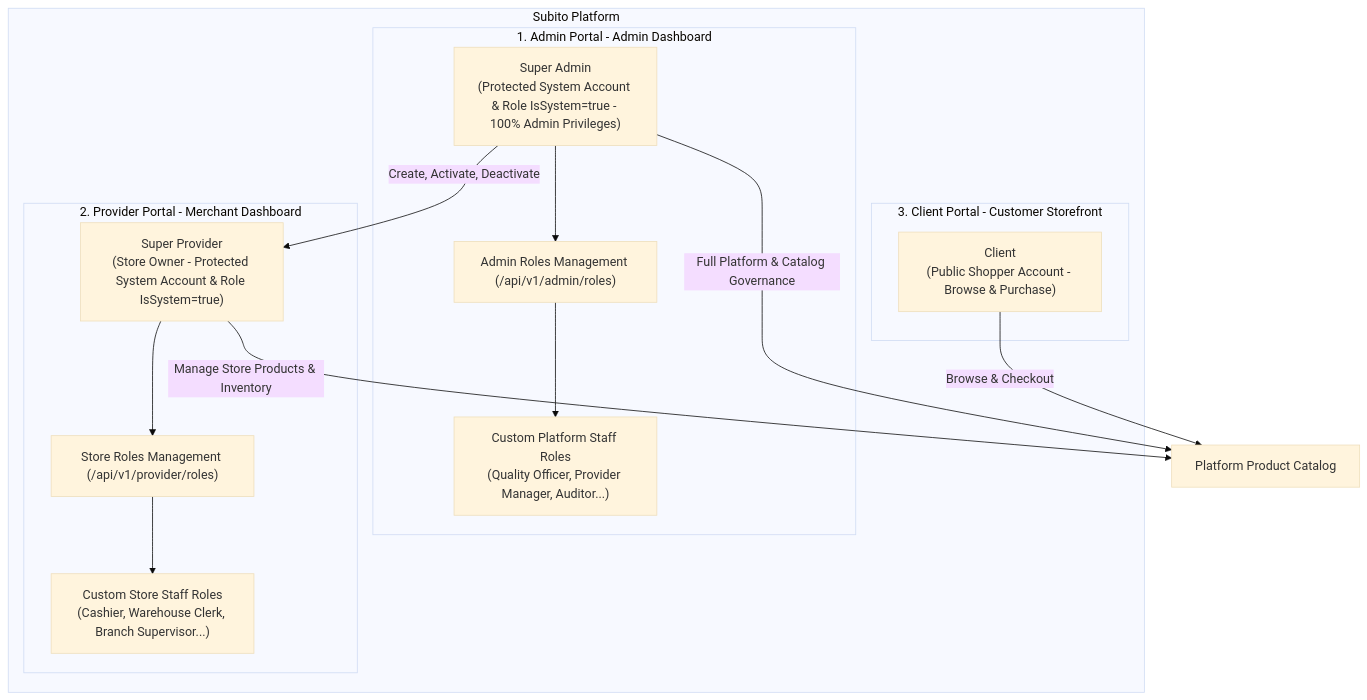
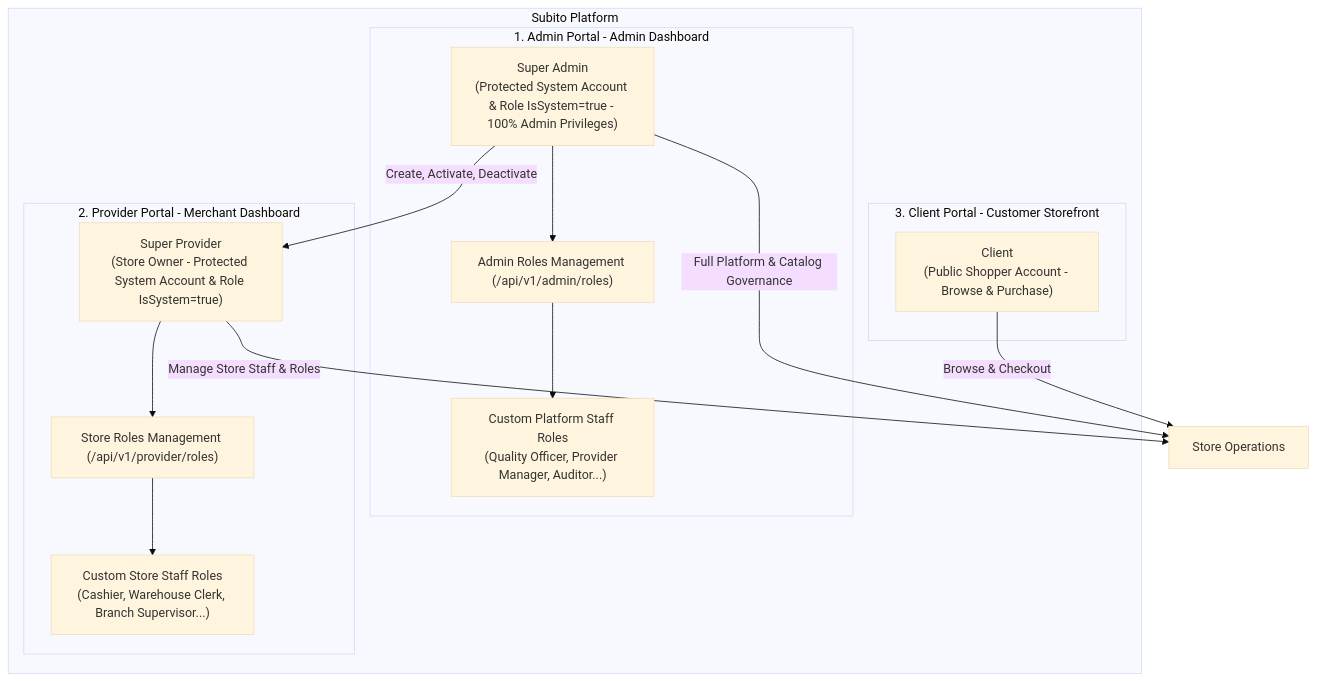
One commit to MahmoudAbdelrahman2002/Enterprise changed the diagram in docs/ROLES_AND_PERMISSIONS_GUIDE.md. Above: the diagram before and after it, drawn with Mermaid (base theme). The commit also changed other lines of this file and 197 other files, not shown here.

````diff
--- a/docs/ROLES_AND_PERMISSIONS_GUIDE.md
+++ b/docs/ROLES_AND_PERMISSIONS_GUIDE.md
@@ -9,29 +9,29 @@
 ```mermaid
 flowchart TD
     subgraph System [Subito Platform]
         subgraph AdminPortal [1. Admin Portal - Admin Dashboard]
             SuperAdmin["Super Admin<br>(Protected System Account & Role IsSystem=true - 100% Admin Privileges)"]
             AdminRolesCrud["Admin Roles Management (/api/v1/admin/roles)"]
             CustomAdminRoles["Custom Platform Staff Roles<br>(Quality Officer, Provider Manager, Auditor...)"]
             SuperAdmin --> AdminRolesCrud
             AdminRolesCrud --> CustomAdminRoles
         end
 
         subgraph ProviderPortal [2. Provider Portal - Merchant Dashboard]
             SuperProvider["Super Provider<br>(Store Owner - Protected System Account & Role IsSystem=true)"]
             ProviderRolesCrud["Store Roles Management (/api/v1/provider/roles)"]
             CustomProviderRoles["Custom Store Staff Roles<br>(Cashier, Warehouse Clerk, Branch Supervisor...)"]
             SuperProvider --> ProviderRolesCrud
             ProviderRolesCrud --> CustomProviderRoles
         end
 
         subgraph ClientPortal [3. Client Portal - Customer Storefront]
             Client["Client<br>(Public Shopper Account - Browse & Purchase)"]
         end
     end
 
     SuperAdmin -->|"Create, Activate, Deactivate"| SuperProvider
-    SuperProvider -->|"Manage Store Products & Inventory"| PlatformCatalog["Platform Product Catalog"]
+    SuperProvider -->|"Manage Store Staff & Roles"| PlatformCatalog["Store Operations"]
     Client -->|"Browse & Checkout"| PlatformCatalog
     SuperAdmin -->|"Full Platform & Catalog Governance"| PlatformCatalog
 ```
````
